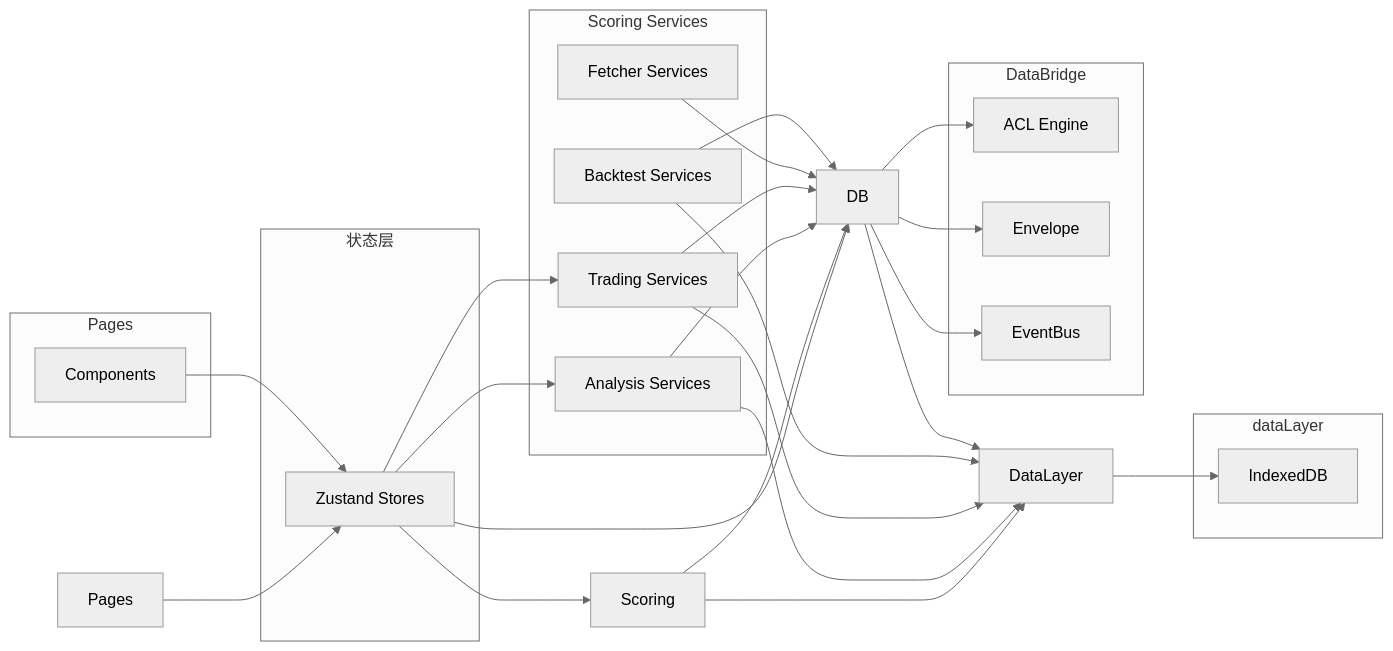
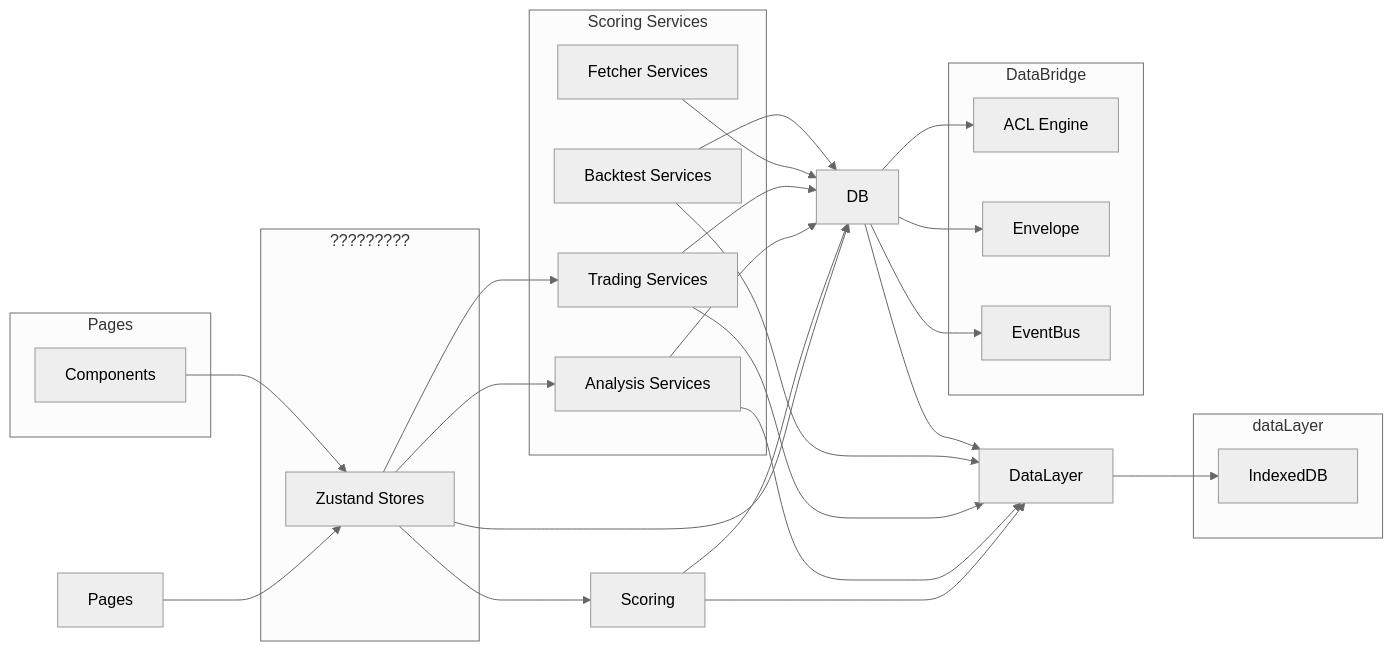
Before and after one commit to DHENGHONGYU/-: diagram 15 of 19 in docs/explanation/design/databridge数据链路全景分析报告.md, drawn with Mermaid (neutral theme). The commit also changed other lines of this file and 664 other files, not shown here.

````diff
--- a/docs/explanation/design/databridge数据链路全景分析报告.md
+++ b/docs/explanation/design/databridge数据链路全景分析报告.md
@@ -727,55 +727,55 @@
 ```mermaid
 graph LR
     subgraph UI?        Pages[Pages]
         Components[Components]
     end
     
-    subgraph 状态层
+    subgraph ?????????
         Stores[Zustand Stores]
     end
     
-    subgraph 服务?        Scoring[Scoring Services]
+    subgraph ???????        Scoring[Scoring Services]
         Analysis[Analysis Services]
         Trading[Trading Services]
         Fetcher[Fetcher Services]
         Backtest[Backtest Services]
     end
     
-    subgraph 核心?        DB[DataBridge]
+    subgraph ???????        DB[DataBridge]
         ACL[ACL Engine]
         Envelope[Envelope]
         EventBus[EventBus]
     end
     
-    subgraph 数据?        DataLayer[dataLayer]
+    subgraph ???????        DataLayer[dataLayer]
         DBIndexed[IndexedDB]
     end
     
     Pages --> Stores
     Components --> Stores
     Stores --> DB
     Stores --> Scoring
     Stores --> Analysis
     Stores --> Trading
     
     Scoring --> DB
     Scoring --> DataLayer
     
     Analysis --> DB
     Analysis --> DataLayer
     
     Trading --> DB
     Trading --> DataLayer
     
     Fetcher --> DB
     
     Backtest --> DB
     Backtest --> DataLayer
     
     DB --> ACL
     DB --> Envelope
     DB --> EventBus
     DB --> DataLayer
     
     DataLayer --> DBIndexed
 ```
````
